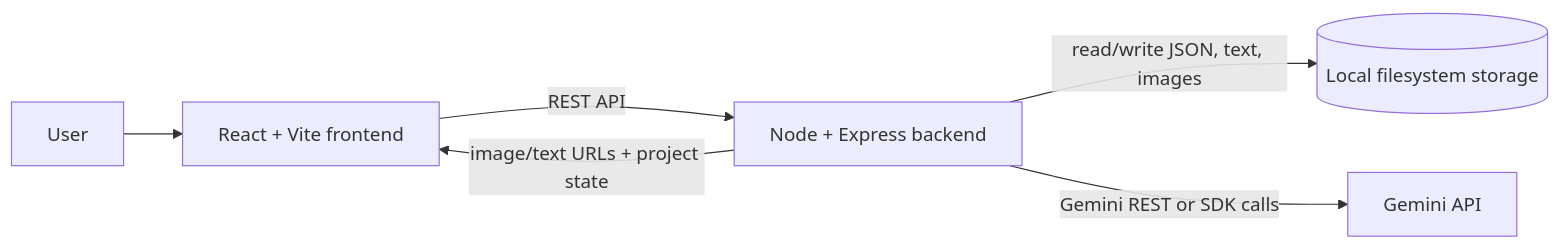
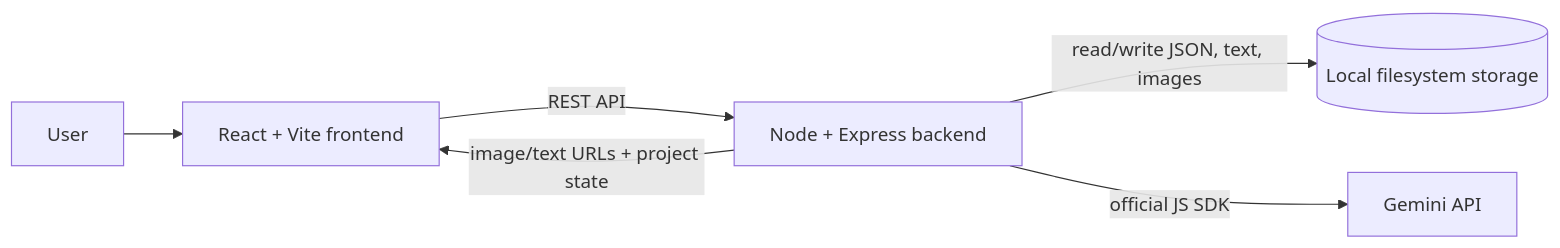
The first of 3 diagrams in docs/architecture.md (Sangquangnqs/book-illustrator), drawn with Mermaid before and after one commit. The commit also changed other lines of this file and 1 other file, not shown here.

First line of the commit message:
docs: record architecture decisions

````diff
--- a/docs/architecture.md
+++ b/docs/architecture.md
@@ -9,8 +9,8 @@
 ```mermaid
 flowchart LR
   User[User] --> FE[React + Vite frontend]
   FE -->|REST API| BE[Node + Express backend]
   BE -->|read/write JSON, text, images| Store[(Local filesystem storage)]
-  BE -->|Gemini REST or SDK calls| Gemini[Gemini API]
+  BE -->|official JS SDK| Gemini[Gemini API]
   BE -->|image/text URLs + project state| FE
 ```
````
